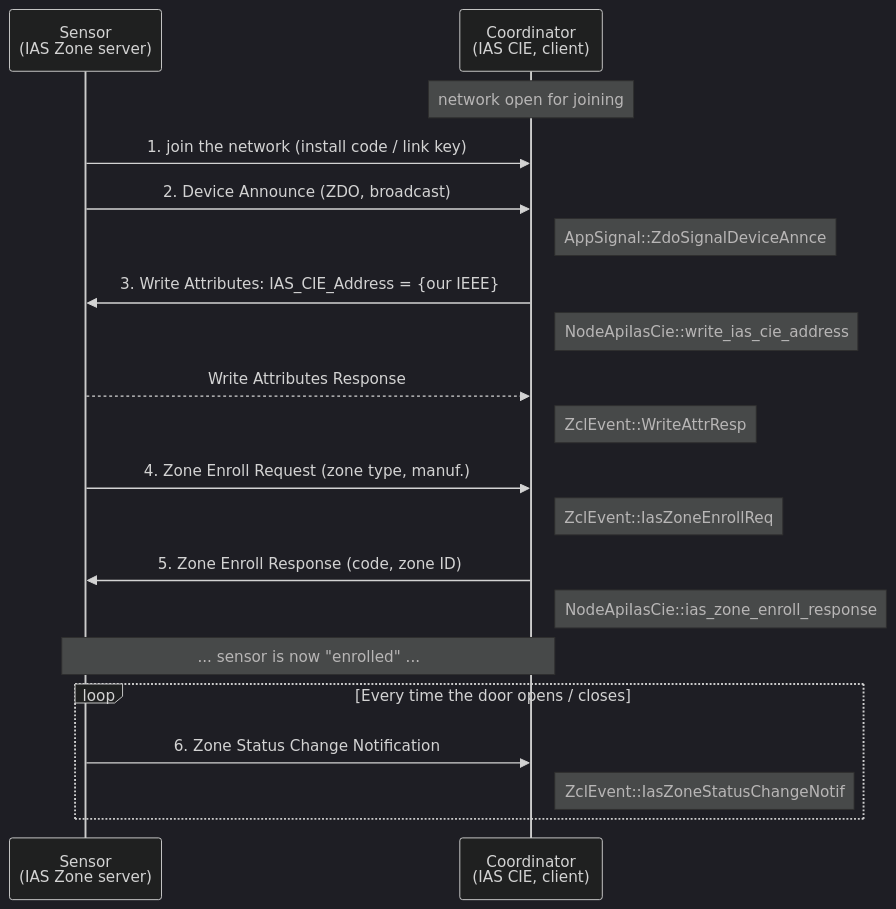
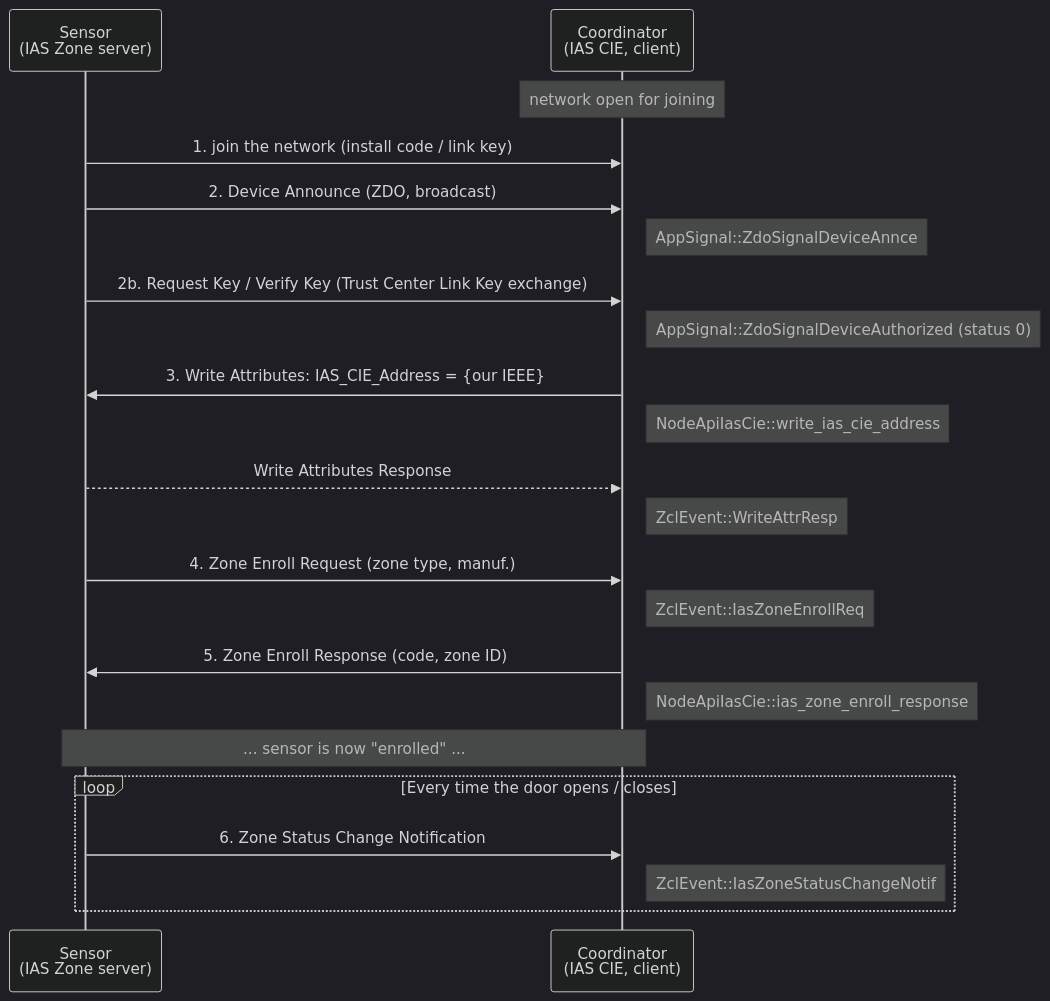
One commit to finalyards-org/ezb-node changed the diagram in docs/Zigbee_ias_cie.md. Above: the diagram before and after it, drawn with Mermaid (dark theme). The commit also changed other lines of this file and 2 other files, not shown here.

````diff
--- a/docs/Zigbee_ias_cie.md
+++ b/docs/Zigbee_ias_cie.md
@@ -66,28 +66,31 @@
 ```mermaid
 sequenceDiagram
     participant S as Sensor<br/>(IAS Zone server)
     participant C as Coordinator<br/>(IAS CIE, client)
 
     Note over C: network open for joining
     S->>C: 1. join the network (install code / link key)
     
     S->>C: 2. Device Announce (ZDO, broadcast)
     Note right of C: AppSignal::ZdoSignalDeviceAnnce
+
+    S->>C: 2b. Request Key / Verify Key (Trust Center Link Key exchange)
+    Note right of C: AppSignal::ZdoSignalDeviceAuthorized (status 0)
 
     C->>S: 3. Write Attributes: IAS_CIE_Address = {our IEEE}
     Note right of C: NodeApiIasCie::write_ias_cie_address
     S-->>C: Write Attributes Response
     Note right of C: ZclEvent::WriteAttrResp
 
     S->>C: 4. Zone Enroll Request (zone type, manuf.)
     Note right of C: ZclEvent::IasZoneEnrollReq
     C->>S: 5. Zone Enroll Response (code, zone ID)
     Note right of C: NodeApiIasCie::ias_zone_enroll_response
 
     Note over S,C: ... sensor is now "enrolled" ...
 
     loop Every time the door opens / closes
         S->>C: 6. Zone Status Change Notification
         Note right of C: ZclEvent::IasZoneStatusChangeNotif
     end
 ```
````
